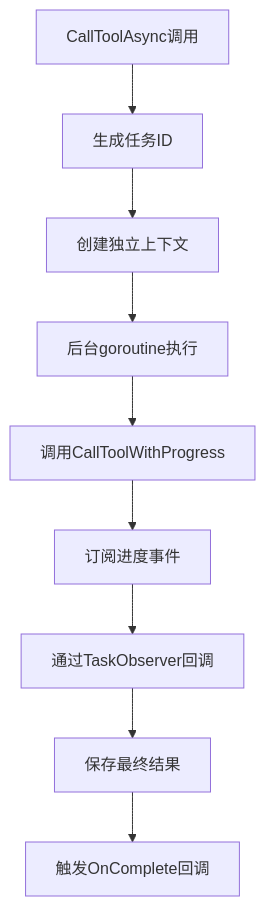
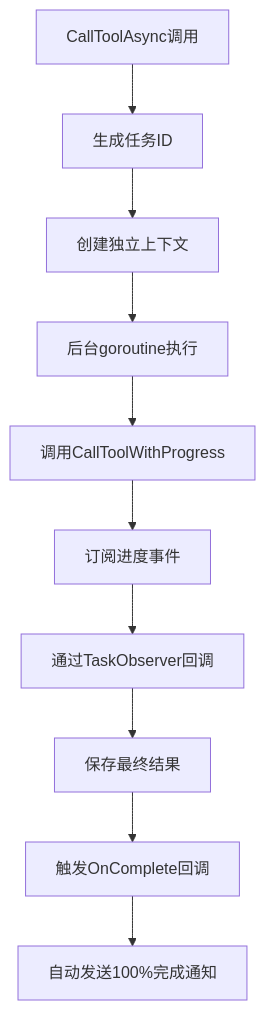
Before and after one commit to maomao94/zero-service: diagram 12 of 17 in .qoder/repowiki/zh/content/Mcpx客户端包.md, drawn with Mermaid. The commit also changed other lines of this file and 48 other files, not shown here.

````diff
--- a/.qoder/repowiki/zh/content/Mcpx客户端包.md
+++ b/.qoder/repowiki/zh/content/Mcpx客户端包.md
@@ -498,11 +591,12 @@
 ```mermaid
 flowchart TD
 A[CallToolAsync调用] --> B[生成任务ID]
 B --> C[创建独立上下文]
 C --> D[后台goroutine执行]
 D --> E[调用CallToolWithProgress]
 E --> F[订阅进度事件]
 F --> G[通过TaskObserver回调]
 G --> H[保存最终结果]
 H --> I[触发OnComplete回调]
+I --> J[自动发送100%完成通知]
 ```
````
